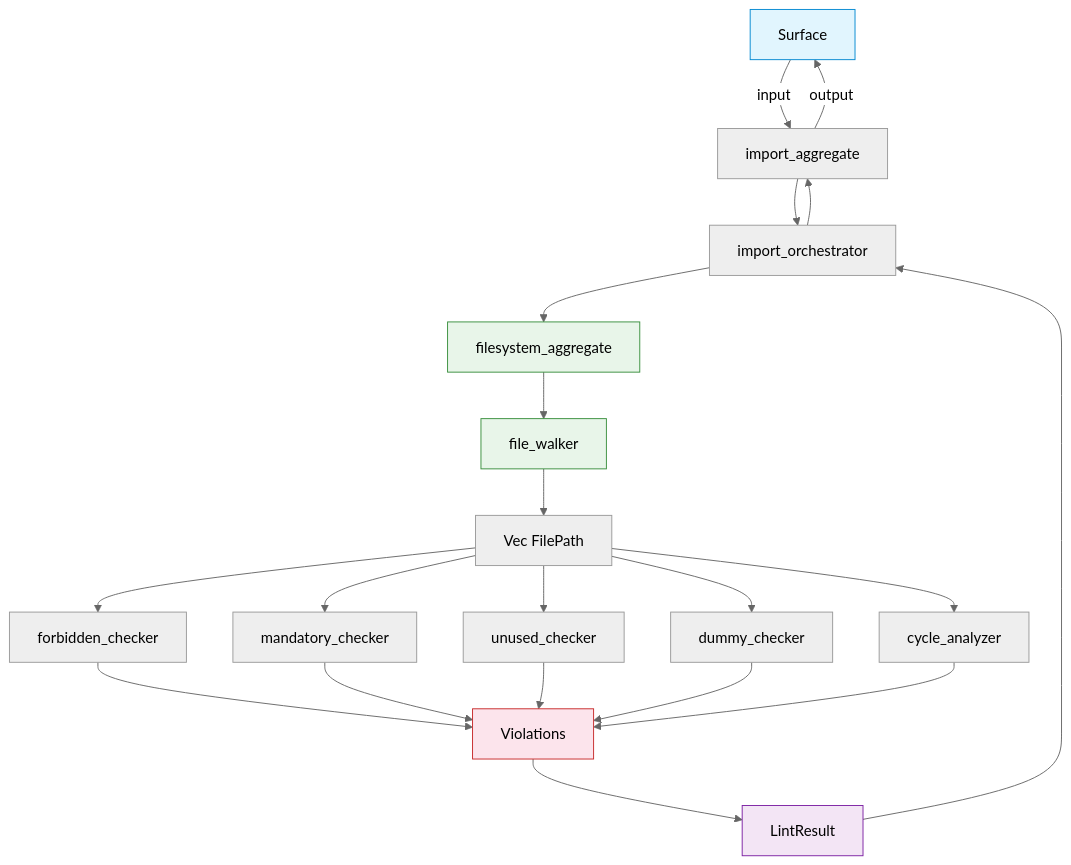
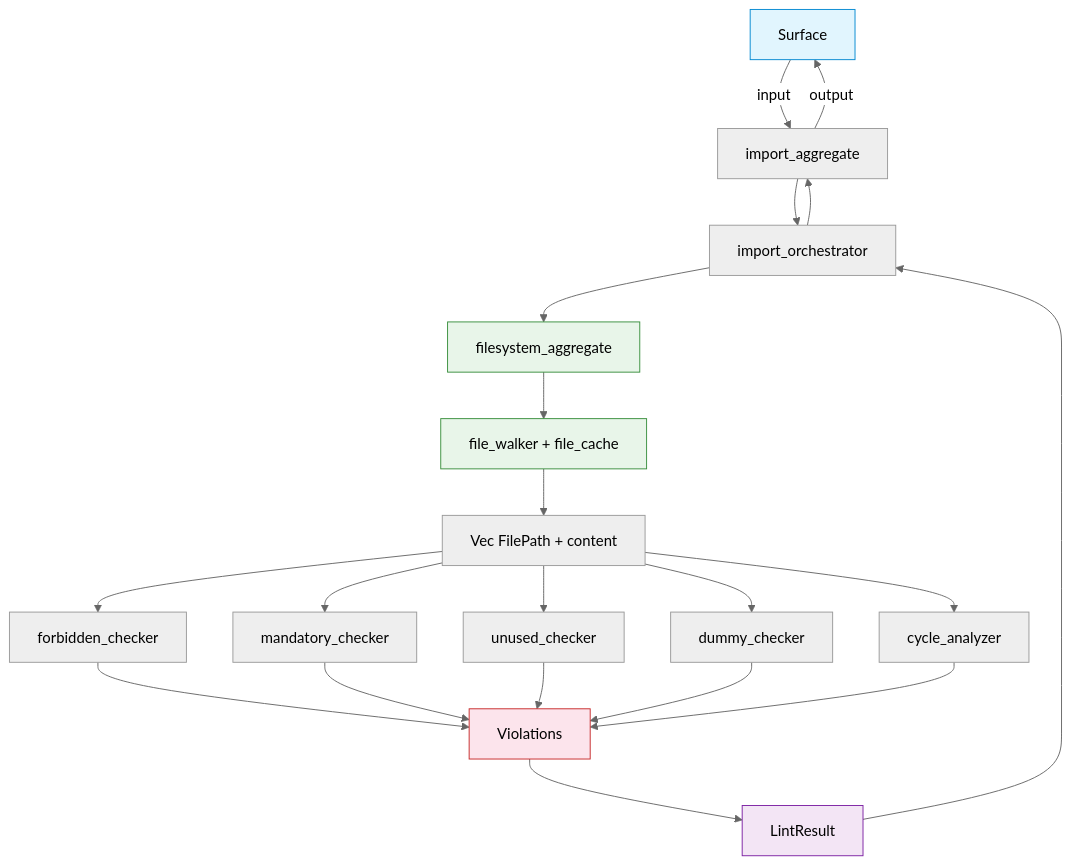
One commit to rakaarwaky/lint-arwaky changed the diagram in crates/import-rules/FRD.md. Above: the diagram before and after it, drawn with Mermaid (neutral theme).

Commit message:
fix: import-rules mermaid — file_walker + file_cache
import-rules needs:
- file_walker: discover files
- file_cache: read file content
Not ast_parser, import_extractor, or dependency_graph

````diff
--- a/crates/import-rules/FRD.md
+++ b/crates/import-rules/FRD.md
@@ -9,28 +9,28 @@
 ```mermaid
 flowchart TD
     A["Surface"] -->|input| B["import_aggregate"]
     B --> C["import_orchestrator"]
     C --> D["filesystem_aggregate"]
-    D --> E["file_walker"]
-    E --> G["Vec FilePath"]
+    D --> E["file_walker + file_cache"]
+    E --> G["Vec FilePath + content"]
     G --> H1["forbidden_checker"]
     G --> H2["mandatory_checker"]
     G --> H3["unused_checker"]
     G --> H4["dummy_checker"]
     G --> H5["cycle_analyzer"]
     H1 --> I["Violations"]
     H2 --> I
     H3 --> I
     H4 --> I
     H5 --> I
     I --> J["LintResult"]
     J --> C
     C --> B
     B -->|output| A
 
     style A fill:#e1f5fe,stroke:#0288d1
     style D fill:#e8f5e9,stroke:#388e3c
     style E fill:#e8f5e9,stroke:#388e3c
     style I fill:#fce4ec,stroke:#c62828
     style J fill:#f3e5f5,stroke:#7b1fa2
 ```
````
